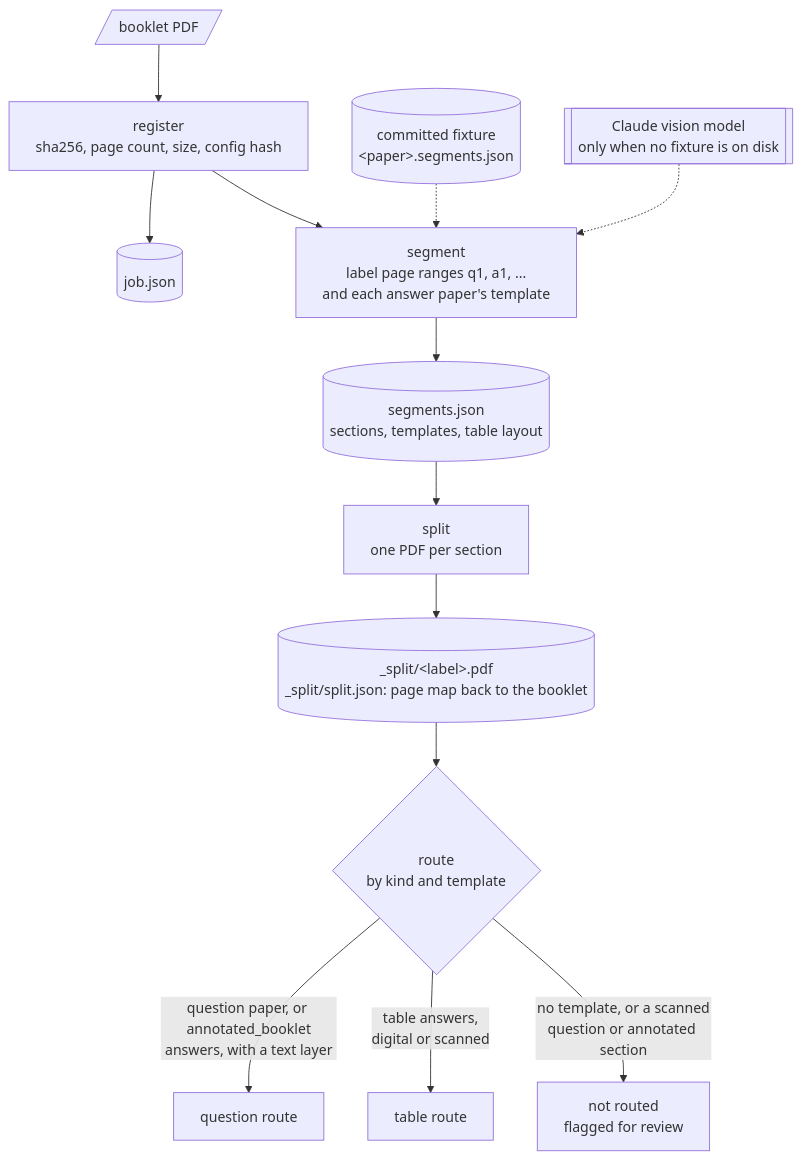
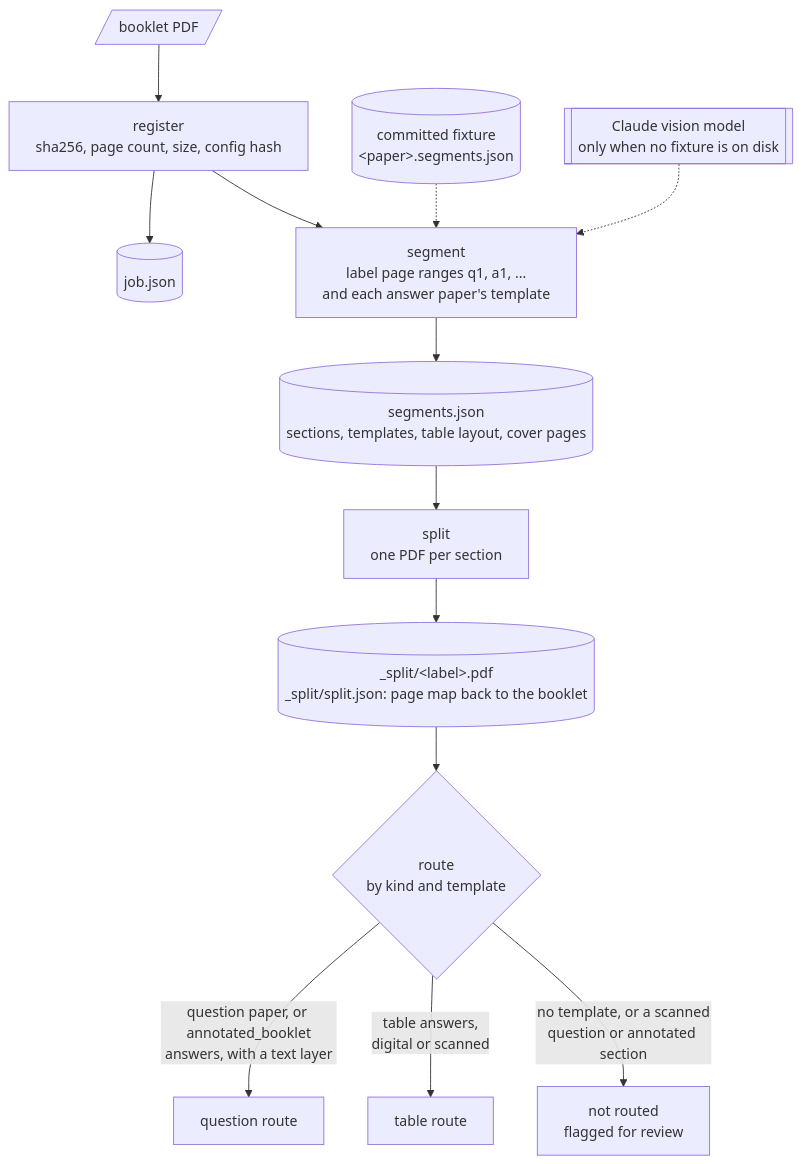
One commit to billyhoce/PilloraQuestionBank changed the second of 5 diagrams in ingestion/README.md. Above: the diagram before and after it, drawn with Mermaid. The commit also changed 21 other files, not shown here.

First line of the commit message:
Cover pages come from the segment call (#77)

````diff
--- a/ingestion/README.md
+++ b/ingestion/README.md
@@ -74,23 +74,23 @@
 ```mermaid
 %%{init: {"flowchart": {"wrappingWidth": 400}}}%%
 flowchart TD
     pdf[/"booklet PDF"/]
     reg["register<br/>sha256, page count, size, config hash"]
     job[("job.json")]
     seg["segment<br/>label page ranges q1, a1, ...<br/>and each answer paper's template"]
     fixture[("committed fixture<br/>#lt;paper#gt;.segments.json")]
     model[["Claude vision model<br/>only when no fixture is on disk"]]
-    plan[("segments.json<br/>sections, templates, table layout")]
+    plan[("segments.json<br/>sections, templates, table layout, cover pages")]
     split["split<br/>one PDF per section"]
     parts[("_split/#lt;label#gt;.pdf<br/>_split/split.json: page map back to the booklet")]
     route{"route<br/>by kind and template"}
 
     pdf --> reg --> job
     reg --> seg
     fixture -.-> seg
     model -.-> seg
     seg --> plan --> split --> parts --> route
     route -->|"question paper, or annotated_booklet<br/>answers, with a text layer"| qr["question route"]
     route -->|"table answers,<br/>digital or scanned"| tr["table route"]
     route -->|"no template, or a scanned<br/>question or annotated section"| nr["not routed<br/>flagged for review"]
 ```
````
